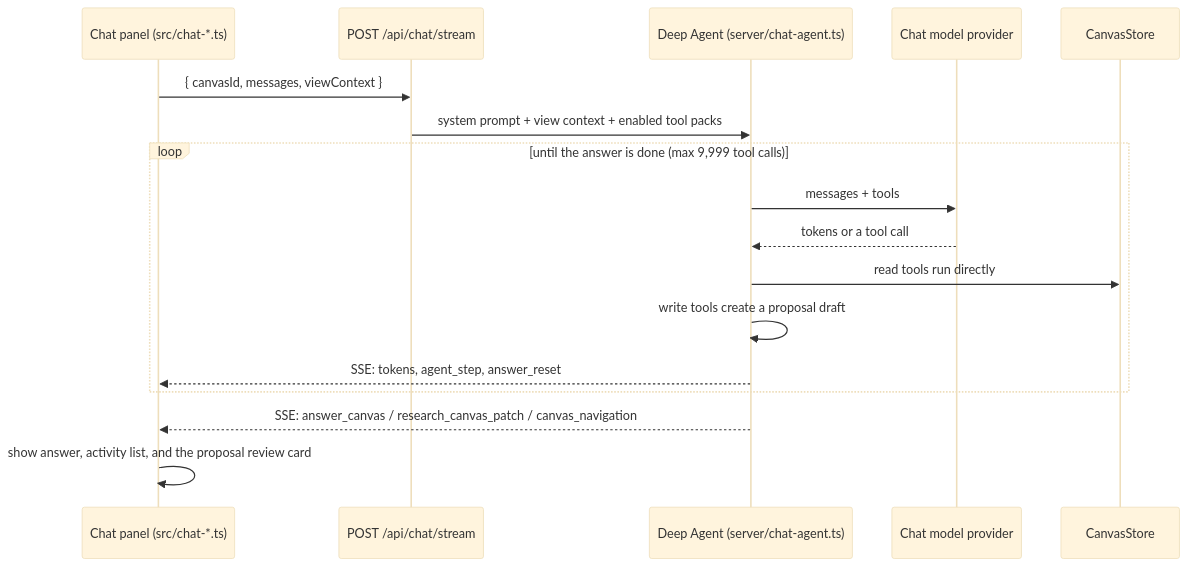
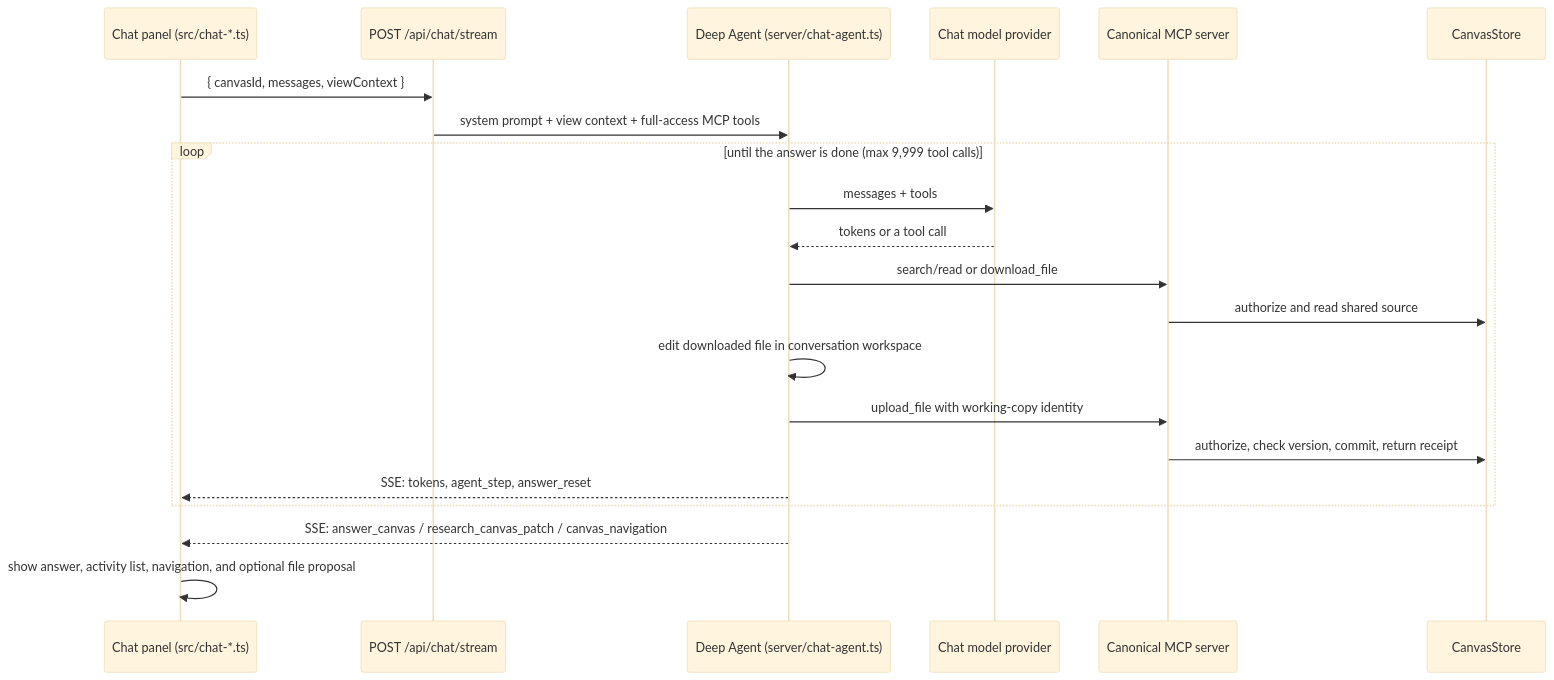
One commit to benrben/symbiknow changed the diagram in docs/project-atlas/assistant-and-research.md. Above: the diagram before and after it, drawn with Mermaid (base theme). The commit also changed other lines of this file and 486 other files, not shown here.

First line of the commit message:
feat: unify MCP tools and strengthen Jev document workflows

````diff
--- a/docs/project-atlas/assistant-and-research.md
+++ b/docs/project-atlas/assistant-and-research.md
@@ -15,19 +15,23 @@
 ```mermaid
 sequenceDiagram
   participant UI as Chat panel (src/chat-*.ts)
   participant API as POST /api/chat/stream
   participant AG as Deep Agent (server/chat-agent.ts)
   participant LLM as Chat model provider
+  participant MCP as Canonical MCP server
   participant ST as CanvasStore
   UI->>API: { canvasId, messages, viewContext }
-  API->>AG: system prompt + view context + enabled tool packs
+  API->>AG: system prompt + view context + full-access MCP tools
   loop until the answer is done (max 9,999 tool calls)
     AG->>LLM: messages + tools
     LLM-->>AG: tokens or a tool call
-    AG->>ST: read tools run directly
-    AG->>AG: write tools create a proposal draft
+    AG->>MCP: search/read or download_file
+    MCP->>ST: authorize and read shared source
+    AG->>AG: edit downloaded file in conversation workspace
+    AG->>MCP: upload_file with working-copy identity
+    MCP->>ST: authorize, check version, commit, return receipt
     AG-->>UI: SSE: tokens, agent_step, answer_reset
   end
   AG-->>UI: SSE: answer_canvas / research_canvas_patch / canvas_navigation
-  UI->>UI: show answer, activity list, and the proposal review card
+  UI->>UI: show answer, activity list, navigation, and optional file proposal
 ```
````
